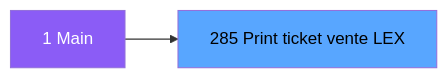
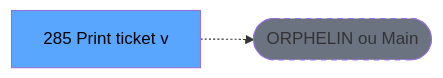
One commit to thonyAGP/lecteur-magic changed the second of 3 diagrams in .openspec/specs/ADH-IDE-285.md. Above: the diagram before and after it, drawn with Mermaid. The commit also changed other lines of this file and 701 other files, not shown here.

````diff
--- a/.openspec/specs/ADH-IDE-285.md
+++ b/.openspec/specs/ADH-IDE-285.md
@@ -147,8 +133,8 @@
 ```mermaid
 graph LR
-    M[1 Main]
-    T[285  Print ticket vente LEX]
-    M --> T
-    style M fill:#8b5cf6,color:#fff
+    T[285  Print ticket v]
+    ORPHAN([ORPHELIN ou Main])
+    T -.-> ORPHAN
     style T fill:#58a6ff,color:#000
+    style ORPHAN fill:#6b7280,stroke-dasharray: 5 5
 ```
````
